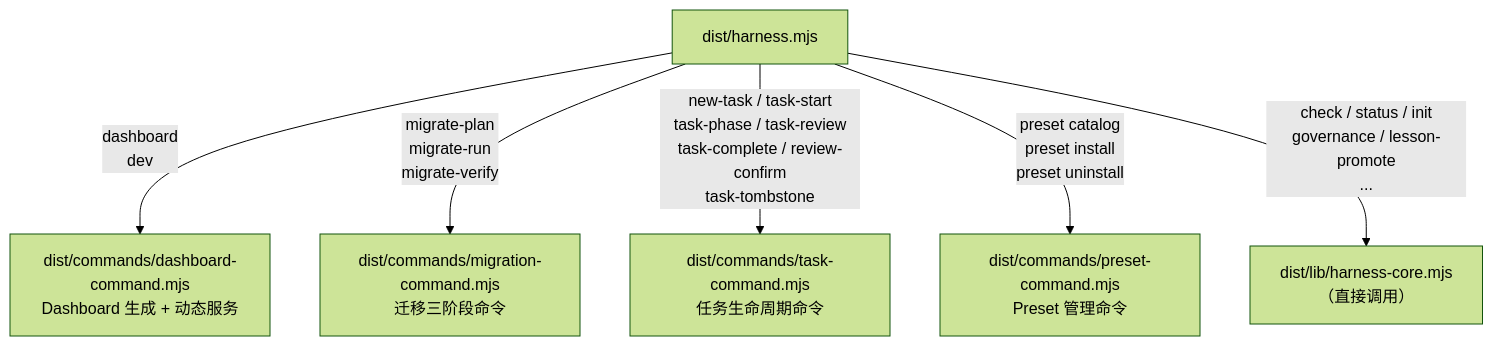
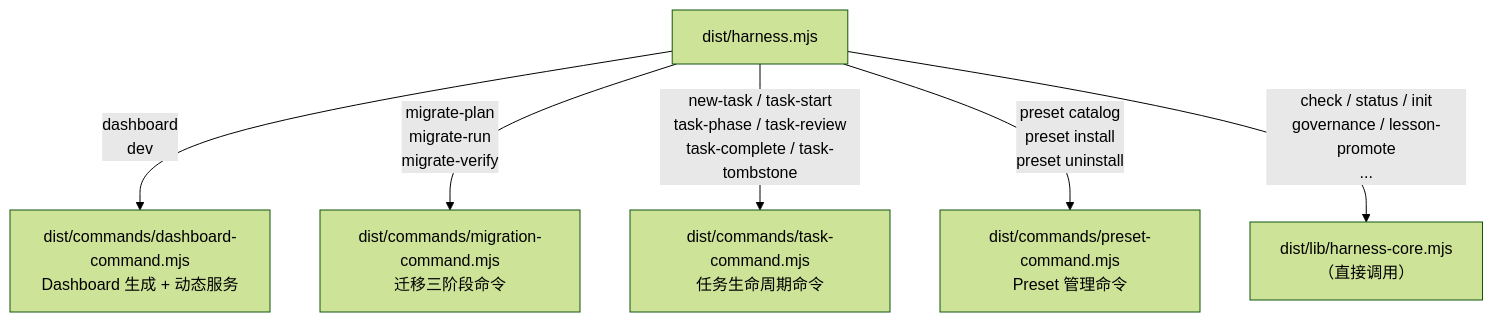
The second of 10 diagrams in docs-release/architecture/system-explainer/02-module-dependency.md (FairladyZ625/coding-agent-harness), drawn with Mermaid (forest theme) before and after one commit. The commit also changed other lines of this file and 33 other files, not shown here.

````diff
--- a/docs-release/architecture/system-explainer/02-module-dependency.md
+++ b/docs-release/architecture/system-explainer/02-module-dependency.md
@@ -19,10 +19,10 @@
 ```mermaid
 flowchart TD
   Entry["dist/harness.mjs"]
 
   Entry -->|"dashboard\ndev"| DashCmd["dist/commands/dashboard-command.mjs\nDashboard 生成 + 动态服务"]
   Entry -->|"migrate-plan\nmigrate-run\nmigrate-verify"| MigCmd["dist/commands/migration-command.mjs\n迁移三阶段命令"]
-  Entry -->|"new-task / task-start\ntask-phase / task-review\ntask-complete / review-confirm\ntask-tombstone"| TaskCmd["dist/commands/task-command.mjs\n任务生命周期命令"]
+  Entry -->|"new-task / task-start\ntask-phase / task-review\ntask-complete / task-tombstone"| TaskCmd["dist/commands/task-command.mjs\n任务生命周期命令"]
   Entry -->|"preset catalog\npreset install\npreset uninstall"| PresetCmd["dist/commands/preset-command.mjs\nPreset 管理命令"]
   Entry -->|"check / status / init\ngovernance / lesson-promote\n..."| Core["dist/lib/harness-core.mjs\n（直接调用）"]
 ```
````
